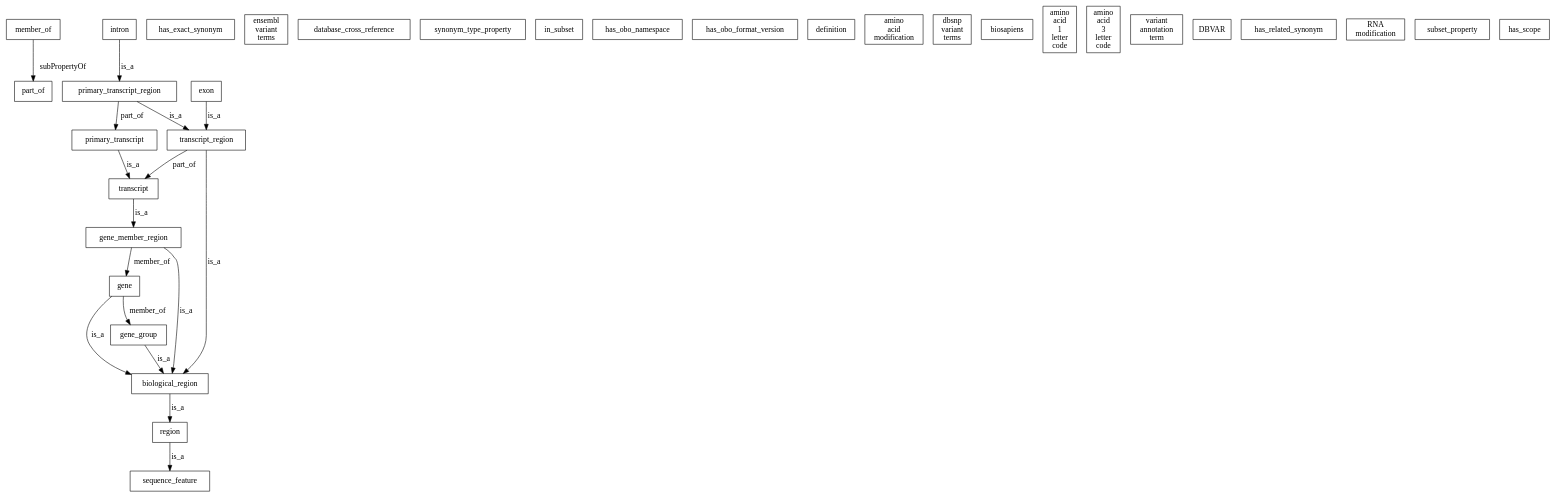
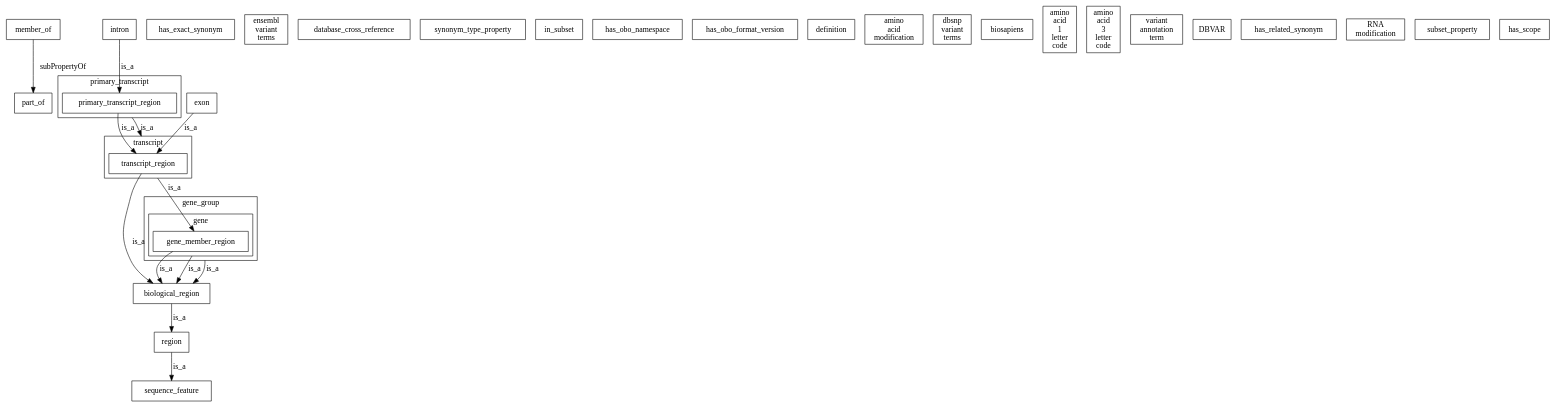
Before and after one commit to INCATools/obographviz: the diagram in examples/so-example.dot, drawn with Graphviz. The commit also changed 6 other files, not shown here.

```diff
--- a/examples/so-example.dot
+++ b/examples/so-example.dot
@@ -1,52 +1,64 @@
 digraph {
   compound=true;
   http___purl_obolibrary_org_obo_so_xp_obo_member_of [label=member_of,shape=box,font=helvetica]
   http___purl_obolibrary_org_obo_SO_0000188 [label=intron,shape=box,font=helvetica]
   http___purl_obolibrary_org_obo_SO_0000001 [label=region,shape=box,font=helvetica]
   http___www_geneontology_org_formats_oboInOwl_hasExactSynonym [label=has_exact_synonym,shape=box,font=helvetica]
-  http___purl_obolibrary_org_obo_SO_0000185 [label=primary_transcript,shape=box,font=helvetica]
+  subgraph cluster_http___purl_obolibrary_org_obo_SO_0000185 {
+    label=primary_transcript;
+    shape=box;
+    font=helvetica;
+    http___purl_obolibrary_org_obo_SO_0000835 [label=primary_transcript_region,shape=box,font=helvetica]
+  }
   http___purl_obolibrary_org_obo_so_xp_obo_ebi_variants [label="ensembl\nvariant\nterms",shape=box,font=helvetica]
   http___www_geneontology_org_formats_oboInOwl_hasDbXref [label=database_cross_reference,shape=box,font=helvetica]
   http___www_geneontology_org_formats_oboInOwl_SynonymTypeProperty [label=synonym_type_property,shape=box,font=helvetica]
   http___www_geneontology_org_formats_oboInOwl_inSubset [label=in_subset,shape=box,font=helvetica]
   http___www_geneontology_org_formats_oboInOwl_hasOBONamespace [label=has_obo_namespace,shape=box,font=helvetica]
   http___www_geneontology_org_formats_oboInOwl_hasOBOFormatVersion [label=has_obo_format_version,shape=box,font=helvetica]
-  http___purl_obolibrary_org_obo_SO_0000833 [label=transcript_region,shape=box,font=helvetica]
-  http___purl_obolibrary_org_obo_SO_0000835 [label=primary_transcript_region,shape=box,font=helvetica]
   http___purl_obolibrary_org_obo_IAO_0000115 [label=definition,shape=box,font=helvetica]
   http___purl_obolibrary_org_obo_so_xp_obo_AAMOD [label="amino\nacid\nmodification",shape=box,font=helvetica]
-  http___purl_obolibrary_org_obo_SO_0000831 [label=gene_member_region,shape=box,font=helvetica]
   http___purl_obolibrary_org_obo_so_xp_obo_part_of [label=part_of,shape=box,font=helvetica]
   http___purl_obolibrary_org_obo_SO_0000110 [label=sequence_feature,shape=box,font=helvetica]
-  http___purl_obolibrary_org_obo_SO_0000673 [label=transcript,shape=box,font=helvetica]
+  subgraph cluster_http___purl_obolibrary_org_obo_SO_0000673 {
+    label=transcript;
+    shape=box;
+    font=helvetica;
+    http___purl_obolibrary_org_obo_SO_0000833 [label=transcript_region,shape=box,font=helvetica]
+  }
   http___purl_obolibrary_org_obo_so_xp_obo_dbsnp [label="dbsnp\nvariant\nterms",shape=box,font=helvetica]
   http___purl_obolibrary_org_obo_so_xp_obo_BS [label=biosapiens,shape=box,font=helvetica]
   http___purl_obolibrary_org_obo_so_xp_obo_aa1 [label="amino\nacid\n1\nletter\ncode",shape=box,font=helvetica]
   http___purl_obolibrary_org_obo_so_xp_obo_aa3 [label="amino\nacid\n3\nletter\ncode",shape=box,font=helvetica]
   http___purl_obolibrary_org_obo_so_xp_obo_VAR [label="variant\nannotation\nterm",shape=box,font=helvetica]
-  http___purl_obolibrary_org_obo_SO_0000704 [label=gene,shape=box,font=helvetica]
   http___purl_obolibrary_org_obo_so_xp_obo_dbvar [label=DBVAR,shape=box,font=helvetica]
   http___www_geneontology_org_formats_oboInOwl_hasRelatedSynonym [label=has_related_synonym,shape=box,font=helvetica]
   http___purl_obolibrary_org_obo_so_xp_obo_RNAMOD [label="RNA\nmodification",shape=box,font=helvetica]
   http___purl_obolibrary_org_obo_SO_0000147 [label=exon,shape=box,font=helvetica]
   http___www_geneontology_org_formats_oboInOwl_SubsetProperty [label=subset_property,shape=box,font=helvetica]
   http___www_geneontology_org_formats_oboInOwl_hasScope [label=has_scope,shape=box,font=helvetica]
   http___purl_obolibrary_org_obo_SO_0001411 [label=biological_region,shape=box,font=helvetica]
-  http___purl_obolibrary_org_obo_SO_0005855 [label=gene_group,shape=box,font=helvetica]
+  subgraph cluster_http___purl_obolibrary_org_obo_SO_0005855 {
+    label=gene_group;
+    shape=box;
+    font=helvetica;
+    subgraph cluster_http___purl_obolibrary_org_obo_SO_0000704 {
+      label=gene;
+      shape=box;
+      font=helvetica;
+      http___purl_obolibrary_org_obo_SO_0000831 [label=gene_member_region,shape=box,font=helvetica]
+    }
+  }
   http___purl_obolibrary_org_obo_SO_0000188 -> http___purl_obolibrary_org_obo_SO_0000835 [label=is_a]
   http___purl_obolibrary_org_obo_SO_0000831 -> http___purl_obolibrary_org_obo_SO_0001411 [label=is_a]
   http___purl_obolibrary_org_obo_so_xp_obo_member_of -> http___purl_obolibrary_org_obo_so_xp_obo_part_of [label=subPropertyOf]
   http___purl_obolibrary_org_obo_SO_0000835 -> http___purl_obolibrary_org_obo_SO_0000833 [label=is_a]
-  http___purl_obolibrary_org_obo_SO_0000704 -> http___purl_obolibrary_org_obo_SO_0005855 [label=member_of]
-  http___purl_obolibrary_org_obo_SO_0000185 -> http___purl_obolibrary_org_obo_SO_0000673 [label=is_a]
-  http___purl_obolibrary_org_obo_SO_0000833 -> http___purl_obolibrary_org_obo_SO_0000673 [label=part_of]
-  http___purl_obolibrary_org_obo_SO_0000673 -> http___purl_obolibrary_org_obo_SO_0000831 [label=is_a]
+  http___purl_obolibrary_org_obo_SO_0000835 -> http___purl_obolibrary_org_obo_SO_0000833 [label=is_a,ltail=cluster_http___purl_obolibrary_org_obo_SO_0000185,lhead=cluster_http___purl_obolibrary_org_obo_SO_0000673]
+  http___purl_obolibrary_org_obo_SO_0000833 -> http___purl_obolibrary_org_obo_SO_0000831 [label=is_a,ltail=cluster_http___purl_obolibrary_org_obo_SO_0000673]
   http___purl_obolibrary_org_obo_SO_0000147 -> http___purl_obolibrary_org_obo_SO_0000833 [label=is_a]
   http___purl_obolibrary_org_obo_SO_0000001 -> http___purl_obolibrary_org_obo_SO_0000110 [label=is_a]
   http___purl_obolibrary_org_obo_SO_0001411 -> http___purl_obolibrary_org_obo_SO_0000001 [label=is_a]
-  http___purl_obolibrary_org_obo_SO_0000704 -> http___purl_obolibrary_org_obo_SO_0001411 [label=is_a]
+  http___purl_obolibrary_org_obo_SO_0000831 -> http___purl_obolibrary_org_obo_SO_0001411 [label=is_a,ltail=cluster_http___purl_obolibrary_org_obo_SO_0000704]
   http___purl_obolibrary_org_obo_SO_0000833 -> http___purl_obolibrary_org_obo_SO_0001411 [label=is_a]
-  http___purl_obolibrary_org_obo_SO_0005855 -> http___purl_obolibrary_org_obo_SO_0001411 [label=is_a]
-  http___purl_obolibrary_org_obo_SO_0000835 -> http___purl_obolibrary_org_obo_SO_0000185 [label=part_of]
-  http___purl_obolibrary_org_obo_SO_0000831 -> http___purl_obolibrary_org_obo_SO_0000704 [label=member_of]
+  http___purl_obolibrary_org_obo_SO_0000831 -> http___purl_obolibrary_org_obo_SO_0001411 [label=is_a,ltail=cluster_http___purl_obolibrary_org_obo_SO_0005855]
 }
```
